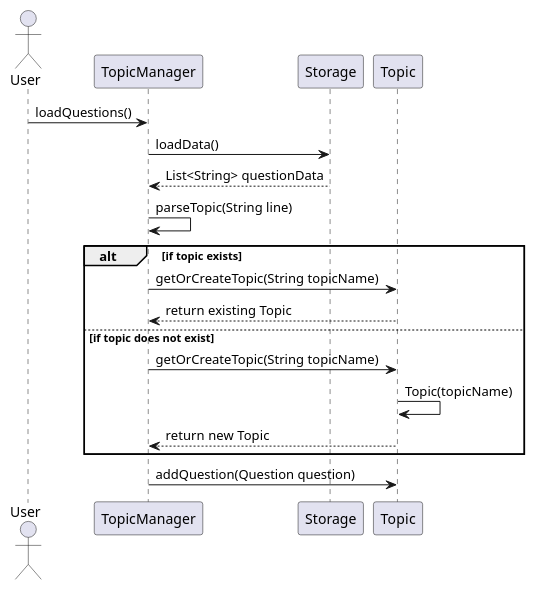
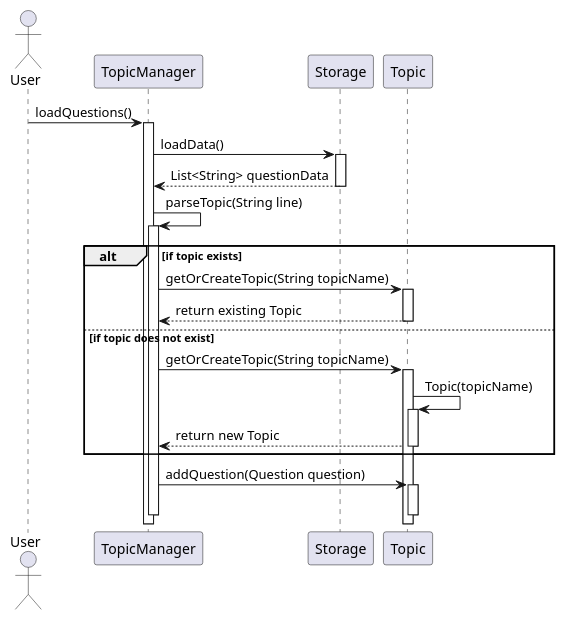
Before and after one commit to nus-cs2113-AY2425S1/tp: the diagram in docs/UML/puml-files/TopicManager/TopicInstantiationSequenceDiagram.puml, drawn with PlantUML.

Commit message:
Fix Topic Manager DG sequence diagram.

```diff
--- a/docs/UML/puml-files/TopicManager/TopicInstantiationSequenceDiagram.puml
+++ b/docs/UML/puml-files/TopicManager/TopicInstantiationSequenceDiagram.puml
@@ -1,18 +1,32 @@
 @startuml
 actor User
 User -> TopicManager : loadQuestions()
+activate TopicManager
+
 TopicManager -> Storage : loadData()
+activate Storage
 Storage --> TopicManager : List<String> questionData
+deactivate Storage
+
 TopicManager -> TopicManager : parseTopic(String line)
+activate TopicManager
 
 alt if topic exists
     TopicManager -> Topic : getOrCreateTopic(String topicName)
+    activate Topic
     Topic --> TopicManager : return existing Topic
+    deactivate Topic
 else if topic does not exist
     TopicManager -> Topic : getOrCreateTopic(String topicName)
+    activate Topic
     Topic -> Topic : Topic(topicName)
+    activate Topic
     Topic --> TopicManager : return new Topic
+    deactivate Topic
 end
 
 TopicManager -> Topic : addQuestion(Question question)
+activate Topic
+deactivate Topic
+deactivate TopicManager
 @enduml
```
